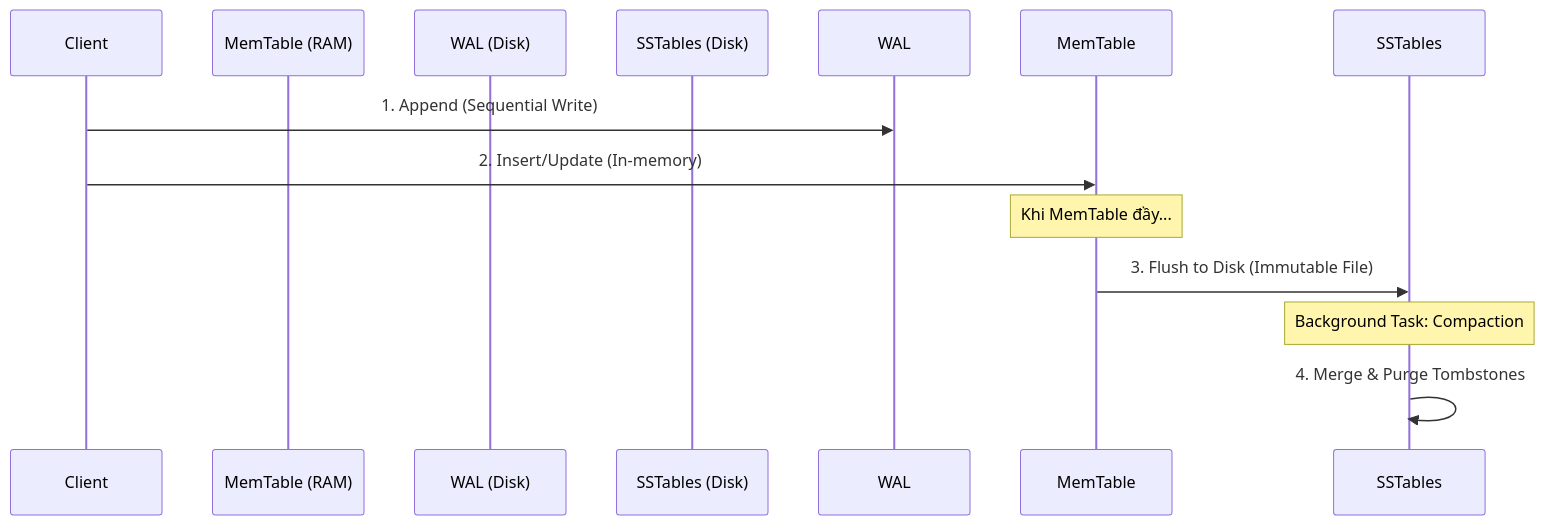
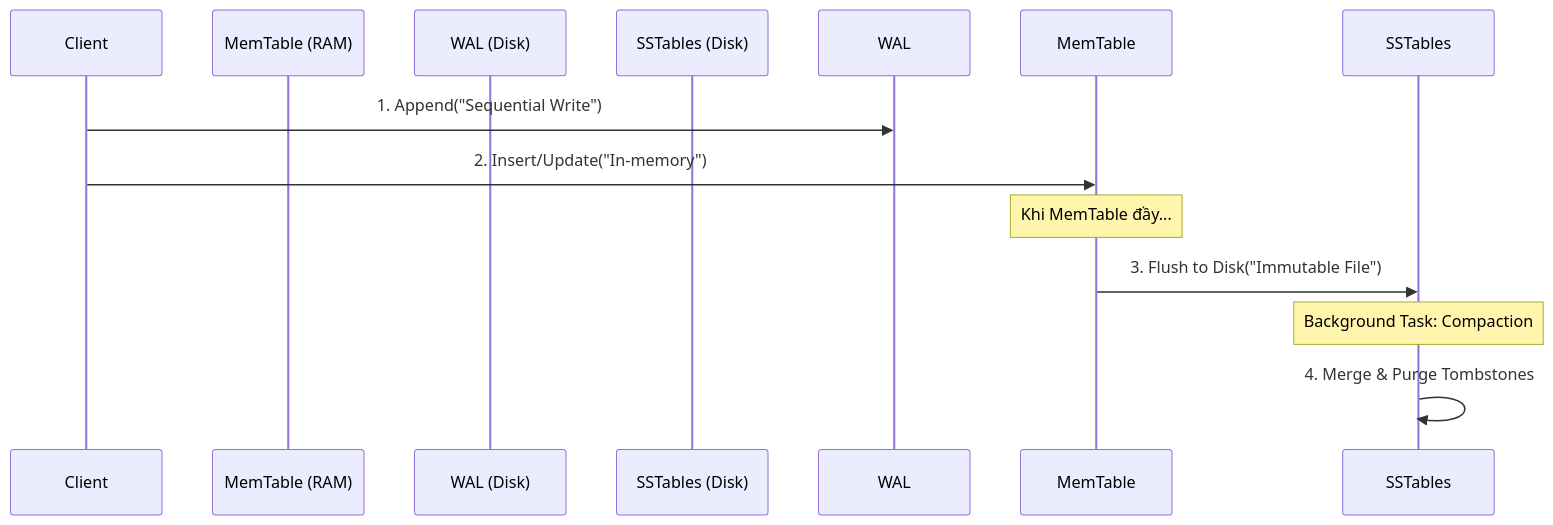
One commit to kythuatdulieu/kythuatdulieu.github.io changed the second of 2 diagrams in src/content/docs/concepts/3-storage-engines-formats/indexing.md. Above: the diagram before and after it, drawn with Mermaid. The commit also changed other lines of this file and 190 other files, not shown here.

Commit message:
fix: resolve mermaid syntax, math rendering, and metadata issues from content rewrite

````diff
--- a/src/content/docs/concepts/3-storage-engines-formats/indexing.md
+++ b/src/content/docs/concepts/3-storage-engines-formats/indexing.md
@@ -66,14 +66,14 @@
 ```mermaid
 sequenceDiagram
     participant Client
     participant MemTable (RAM)
     participant WAL (Disk)
     participant SSTables (Disk)
     
-    Client->>WAL: 1. Append (Sequential Write)
-    Client->>MemTable: 2. Insert/Update (In-memory)
+    Client->>WAL: 1. Append("Sequential Write")
+    Client->>MemTable: 2. Insert/Update("In-memory")
     Note over MemTable: Khi MemTable đầy...
-    MemTable->>SSTables: 3. Flush to Disk (Immutable File)
+    MemTable->>SSTables: 3. Flush to Disk("Immutable File")
     Note over SSTables: Background Task: Compaction
     SSTables->>SSTables: 4. Merge & Purge Tombstones
 ```
````
